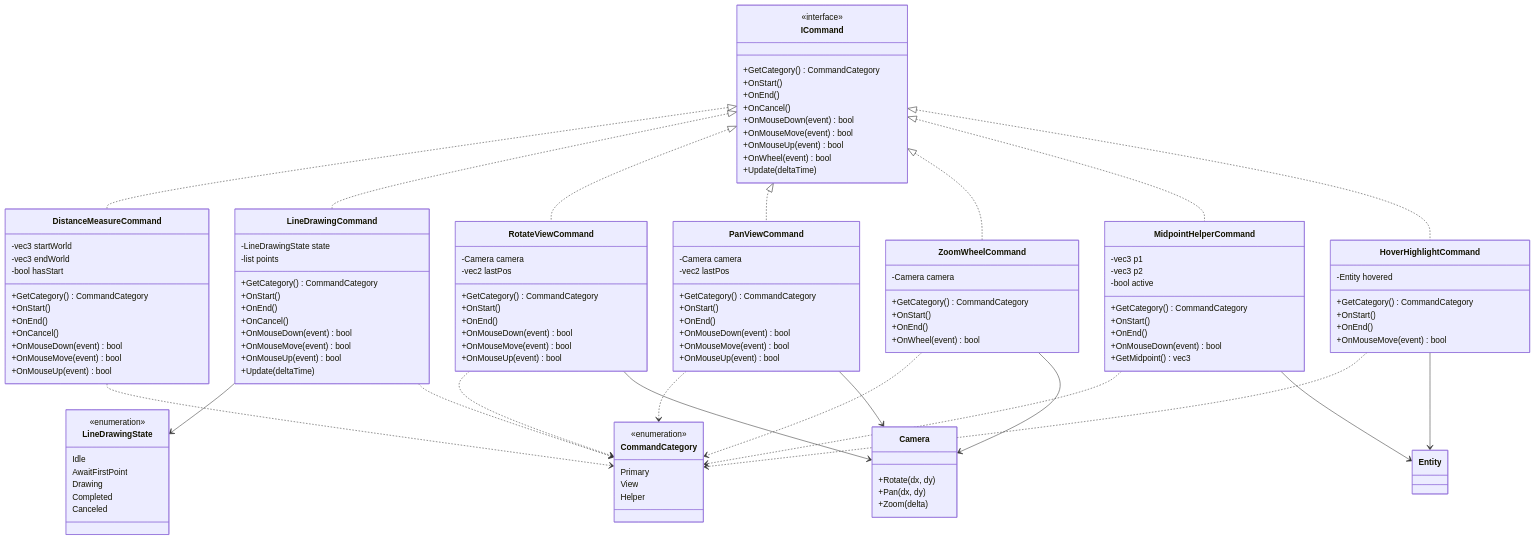
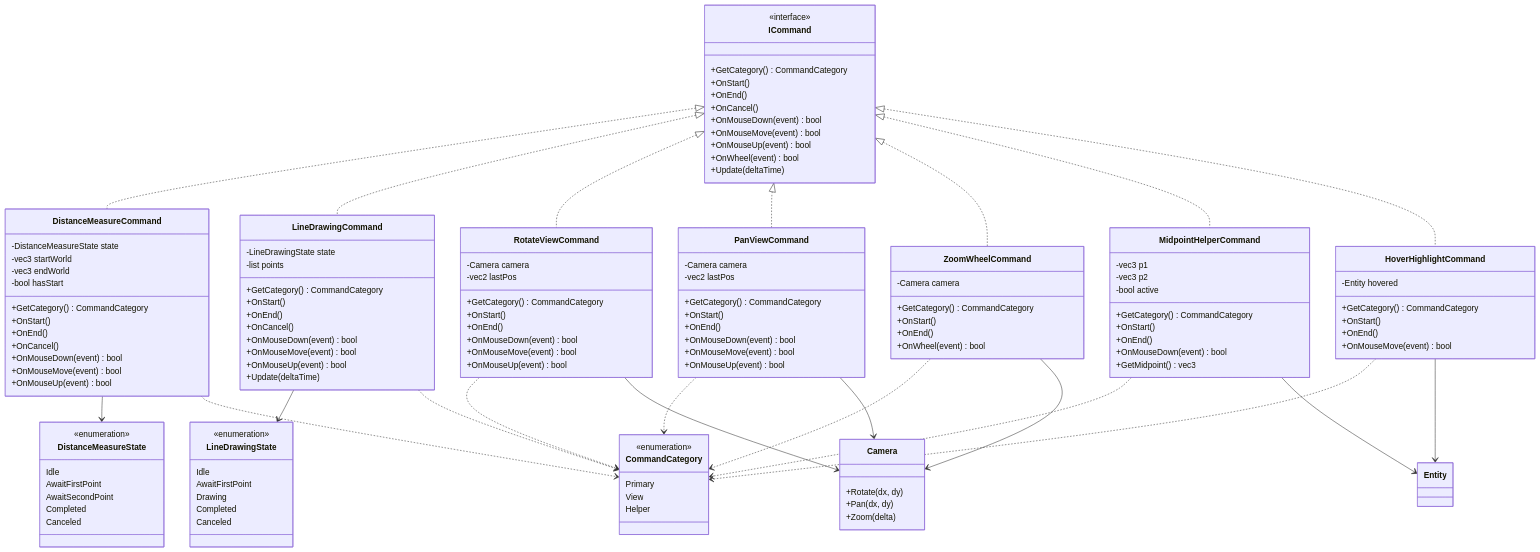
The second of 2 diagrams in GraphV5.md (vfa-khaidt1/vfa-cdn), drawn with Mermaid before and after one commit.

```diff
--- a/GraphV5.md
+++ b/GraphV5.md
@@ -109,8 +109,18 @@
         +Update(deltaTime)
     }
 
-    %% ===== Primary commands (long living, can use state machine internally) =====
+    %% ===== Primary commands =====
+    class DistanceMeasureState {
+        <<enumeration>>
+        Idle
+        AwaitFirstPoint
+        AwaitSecondPoint
+        Completed
+        Canceled
+    }
+
     class DistanceMeasureCommand {
+        -DistanceMeasureState state
         -vec3 startWorld
         -vec3 endWorld
         -bool hasStart
@@ -176,7 +186,7 @@
         +OnWheel(event) bool
     }
 
-    %% ===== Helper commands (お助けコマンド) =====
+    %% ===== Helper commands (helper / お助け) =====
     class MidpointHelperCommand {
         -vec3 p1
         -vec3 p2
@@ -214,8 +224,11 @@
     ICommand <|.. MidpointHelperCommand
     ICommand <|.. HoverHighlightCommand
 
-    %% ===== Associations =====
+    %% ===== State associations =====
+    DistanceMeasureCommand --> DistanceMeasureState
     LineDrawingCommand --> LineDrawingState
+
+    %% ===== Category associations (optional visual hint) =====
     DistanceMeasureCommand ..> CommandCategory
     LineDrawingCommand ..> CommandCategory
     RotateViewCommand ..> CommandCategory
@@ -224,6 +237,7 @@
     MidpointHelperCommand ..> CommandCategory
     HoverHighlightCommand ..> CommandCategory
 
+    %% ===== Other associations =====
     RotateViewCommand --> Camera
     PanViewCommand --> Camera
     ZoomWheelCommand --> Camera
```
